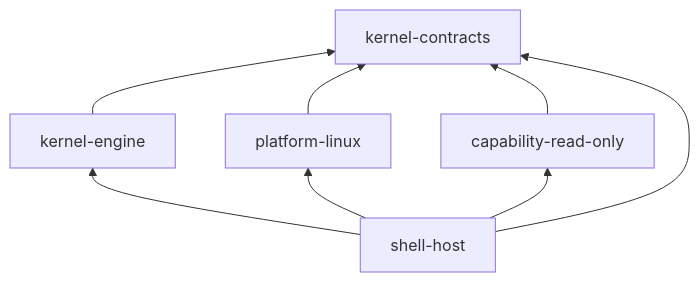
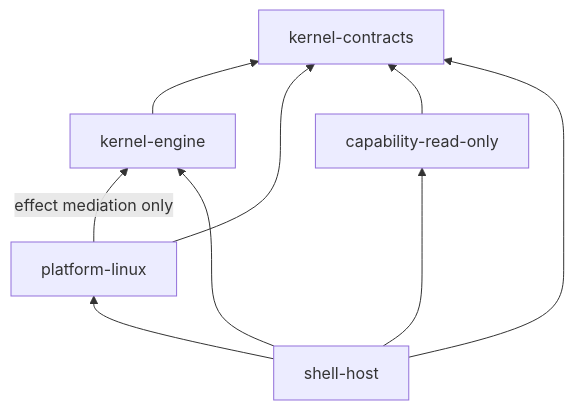
The diagram in docs/architecture/kernel-dependency-report.md (AaronNHorvitz/AgentMage), drawn with Mermaid before and after one commit. The commit also changed other lines of this file and 22 other files, not shown here.

````diff
--- a/docs/architecture/kernel-dependency-report.md
+++ b/docs/architecture/kernel-dependency-report.md
@@ -22,10 +27,11 @@
 ```mermaid
 flowchart BT
     KE["kernel-engine"] --> KC["kernel-contracts"]
     PL["platform-linux"] --> KC
+    PL -->|"effect mediation only"| KE
     CR["capability-read-only"] --> KC
     SH["shell-host"] --> KC
     SH --> KE
     SH --> PL
     SH --> CR
 ```
````
